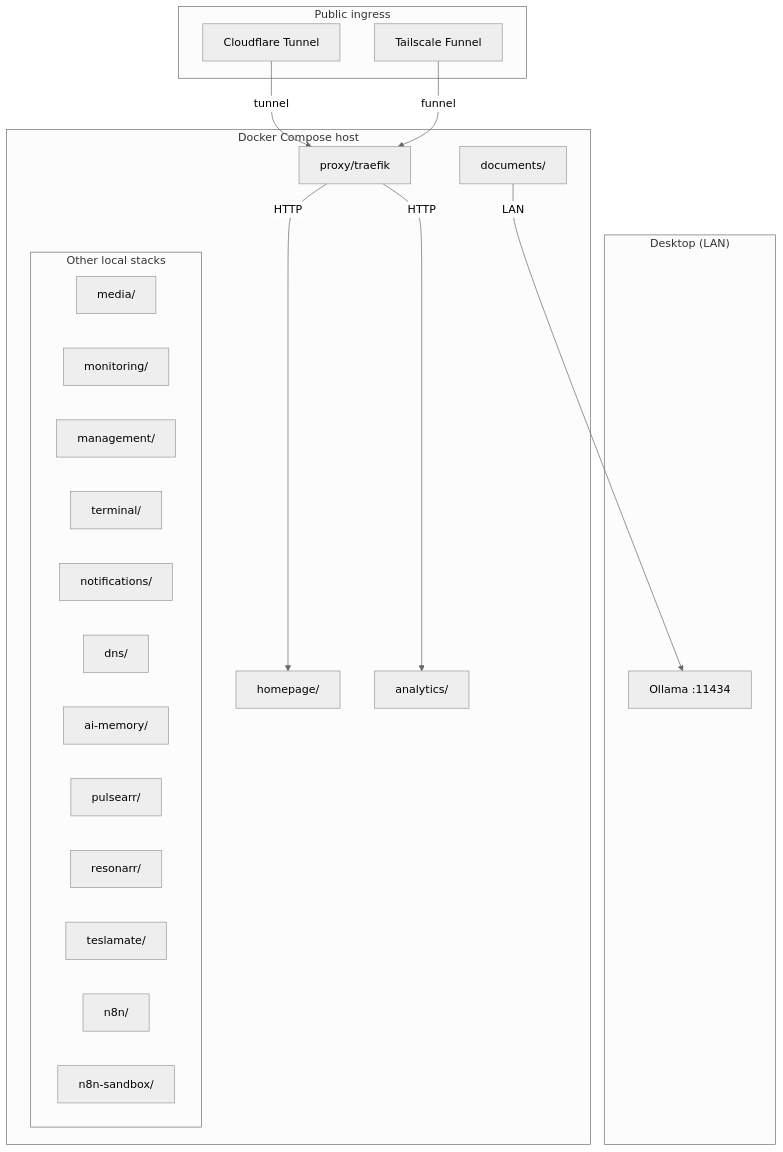
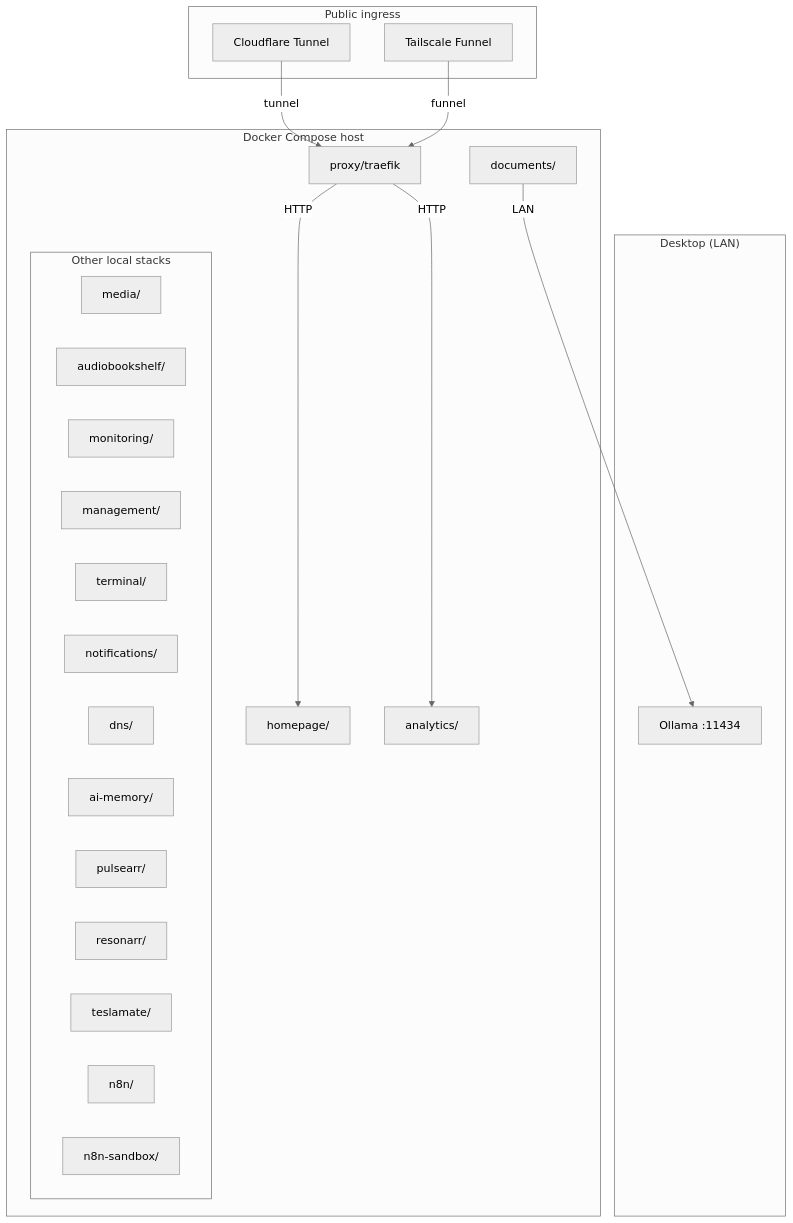
The diagram in README.md (lexcode/homelab), drawn with Mermaid (neutral theme) before and after one commit. The commit also changed other lines of this file and 17 other files, not shown here.

````diff
--- a/README.md
+++ b/README.md
@@ -5,40 +5,41 @@
 ```mermaid
 flowchart TB
     subgraph ingress["Public ingress"]
         cf["Cloudflare Tunnel"]
         ts["Tailscale Funnel"]
     end
 
     subgraph docker["Docker Compose host"]
         traefik["proxy/traefik"]
         homepage["homepage/"]
         analytics["analytics/"]
         documents["documents/"]
 
         subgraph local["Other local stacks"]
             direction LR
             media["media/"]
+            audiobookshelf["audiobookshelf/"]
             monitoring["monitoring/"]
             management["management/"]
             terminal["terminal/"]
             notifications["notifications/"]
             dns["dns/"]
             aimemory["ai-memory/"]
             pulsearr["pulsearr/"]
             resonarr["resonarr/"]
             teslamate["teslamate/"]
             n8n["n8n/"]
             n8nsandbox["n8n-sandbox/"]
         end
     end
 
     subgraph desktop["Desktop (LAN)"]
         ollama["Ollama :11434"]
     end
 
     cf -- tunnel --> traefik
     ts -- funnel --> traefik
     traefik -- HTTP --> homepage
     traefik -- HTTP --> analytics
     documents -- LAN --> ollama
 ```
````
